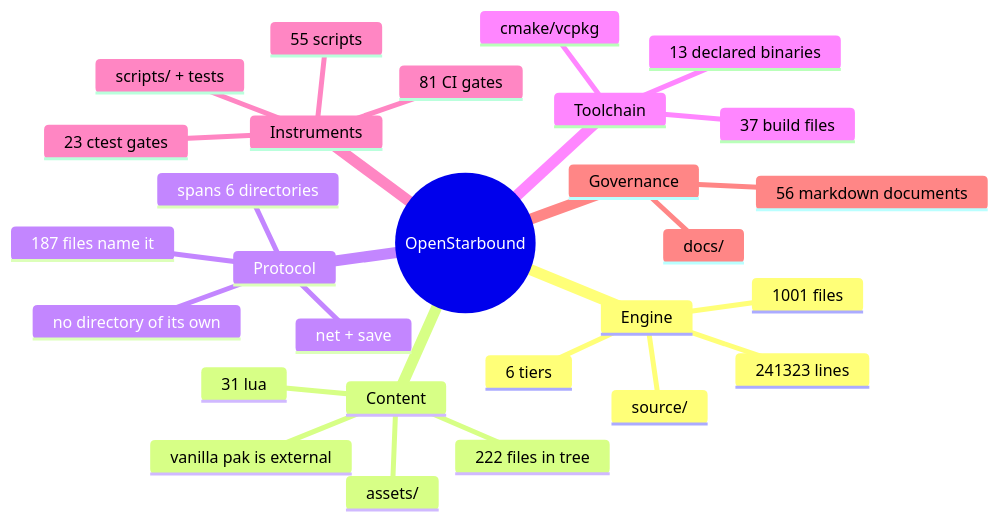
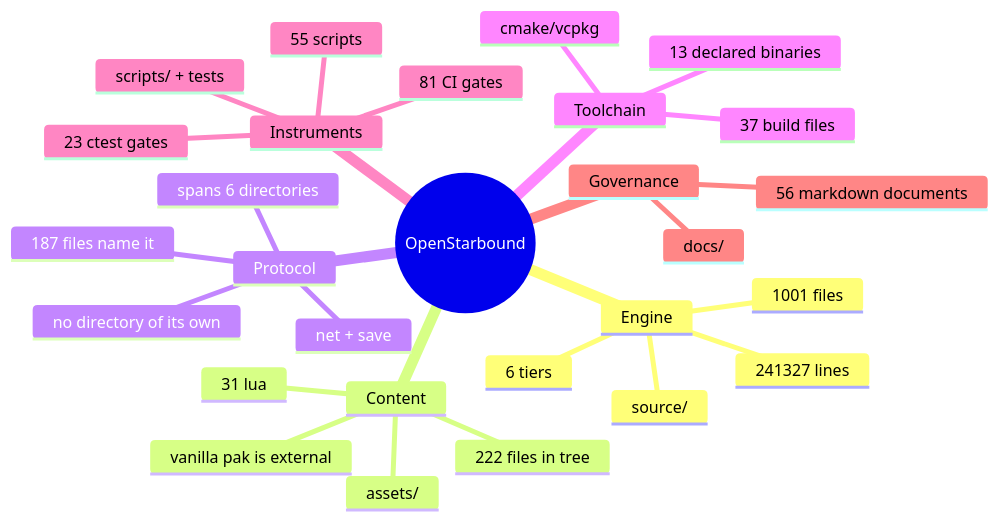
The second of 11 diagrams in docs/architecture/system-boundaries.md (apnex/OpenStarbound), drawn with Mermaid before and after one commit. The commit also changed other lines of this file and 1 other file, not shown here.

````diff
--- a/docs/architecture/system-boundaries.md
+++ b/docs/architecture/system-boundaries.md
@@ -166,31 +166,31 @@
 ```mermaid
 mindmap
   root((OpenStarbound))
     Engine
       source/
       1001 files
-      241323 lines
+      241327 lines
       6 tiers
     Content
       assets/
       222 files in tree
       31 lua
       vanilla pak is external
     Protocol
       net + save
       187 files name it
       spans 6 directories
       no directory of its own
     Toolchain
       cmake/vcpkg
       37 build files
       13 declared binaries
     Instruments
       scripts/ + tests
       55 scripts
       23 ctest gates
       81 CI gates
     Governance
       docs/
       56 markdown documents
 ```
````
